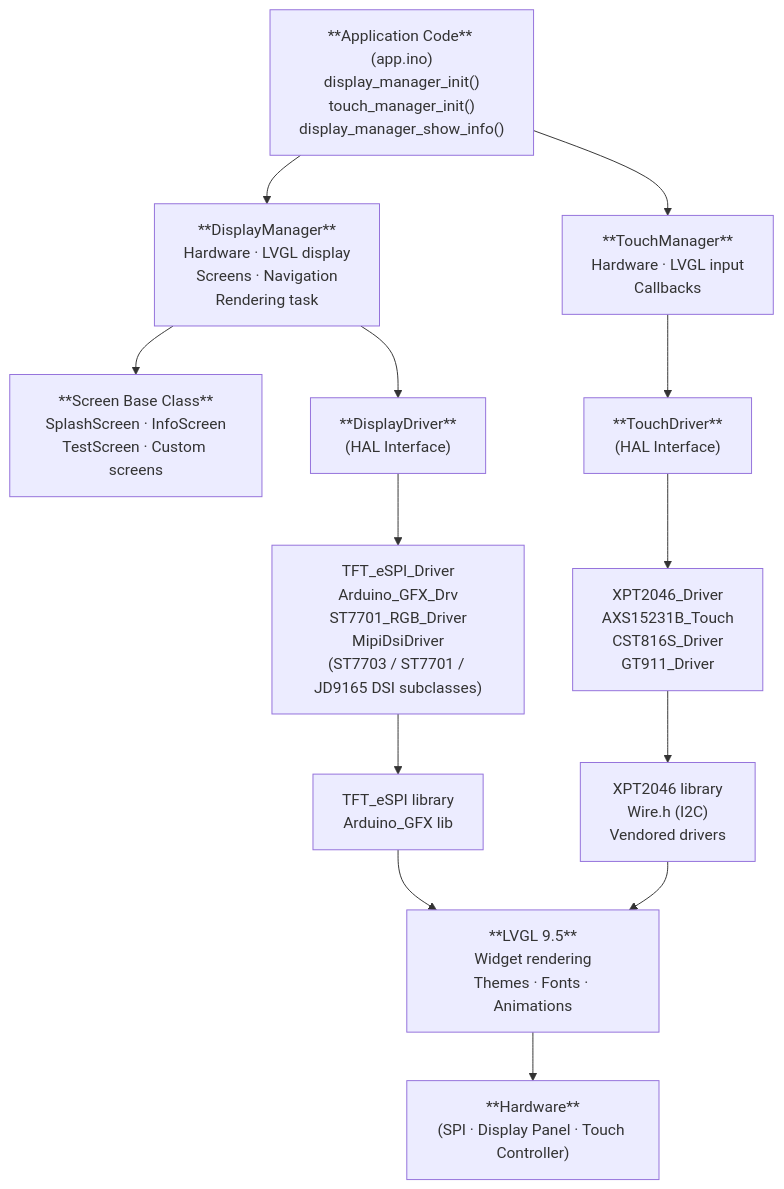
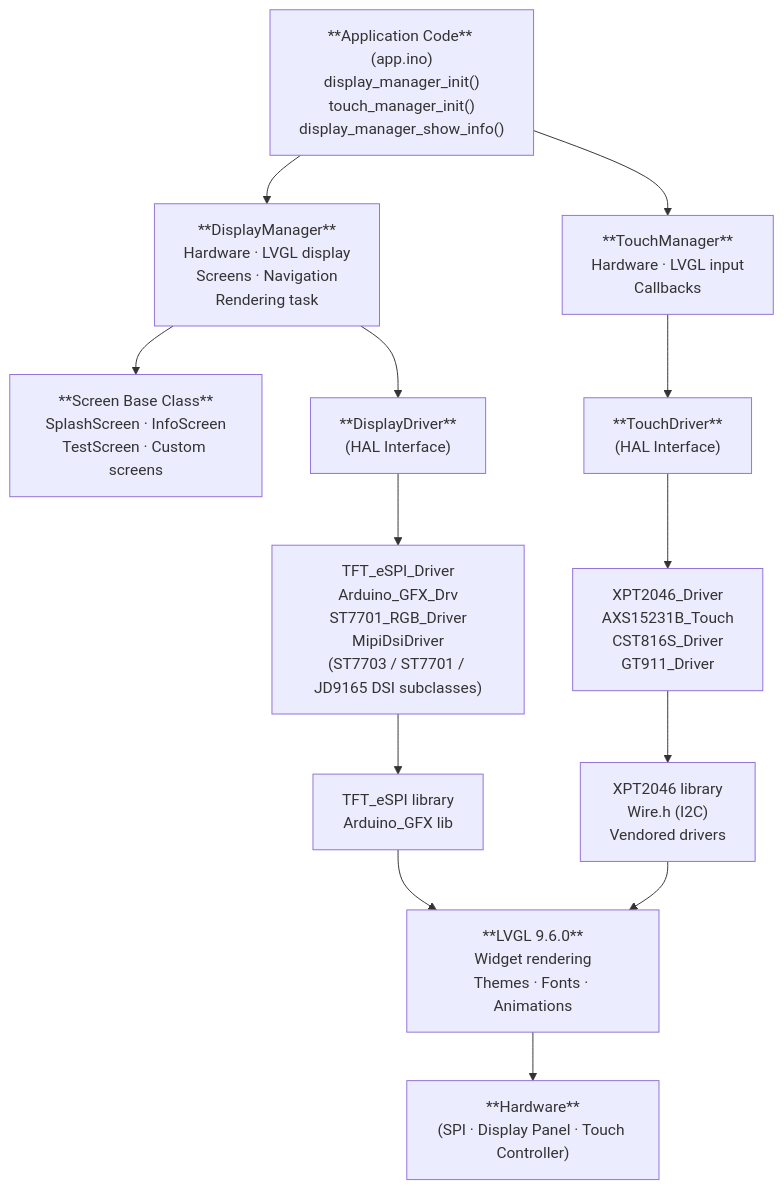
The first of 6 diagrams in docs/dev/display-touch-architecture.md (jantielens/esp32-macropad), drawn with Mermaid before and after one commit. The commit also changed other lines of this file and 9 other files, not shown here.

````diff
--- a/docs/dev/display-touch-architecture.md
+++ b/docs/dev/display-touch-architecture.md
@@ -56,16 +56,16 @@
 ```mermaid
 graph TD
     App["**Application Code** (app.ino)<br/>display_manager_init()<br/>touch_manager_init()<br/>display_manager_show_info()"]
     App --> DM["**DisplayManager**<br/>Hardware · LVGL display<br/>Screens · Navigation<br/>Rendering task"]
     App --> TM["**TouchManager**<br/>Hardware · LVGL input<br/>Callbacks"]
     DM --> Screens["**Screen Base Class**<br/>SplashScreen · InfoScreen<br/>TestScreen · Custom screens"]
     DM --> DD["**DisplayDriver**<br/>(HAL Interface)"]
     TM --> TD["**TouchDriver**<br/>(HAL Interface)"]
     DD --> DImpl["TFT_eSPI_Driver<br/>Arduino_GFX_Drv<br/>ST7701_RGB_Driver<br/>MipiDsiDriver<br/>(ST7703 / ST7701 / JD9165 DSI subclasses)"]
     TD --> TImpl["XPT2046_Driver<br/>AXS15231B_Touch<br/>CST816S_Driver<br/>GT911_Driver"]
     DImpl --> Lib1["TFT_eSPI library<br/>Arduino_GFX lib"]
     TImpl --> Lib2["XPT2046 library<br/>Wire.h (I2C)<br/>Vendored drivers"]
-    Lib1 --> LVGL["**LVGL 9.5**<br/>Widget rendering<br/>Themes · Fonts · Animations"]
+    Lib1 --> LVGL["**LVGL 9.6.0**<br/>Widget rendering<br/>Themes · Fonts · Animations"]
     Lib2 --> LVGL
     LVGL --> HW["**Hardware**<br/>(SPI · Display Panel · Touch Controller)"]
 ```
````
